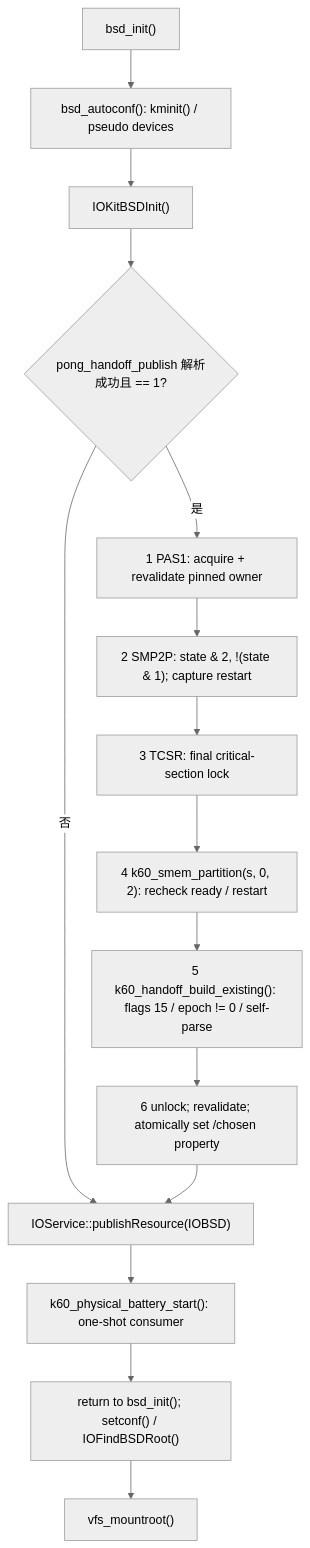
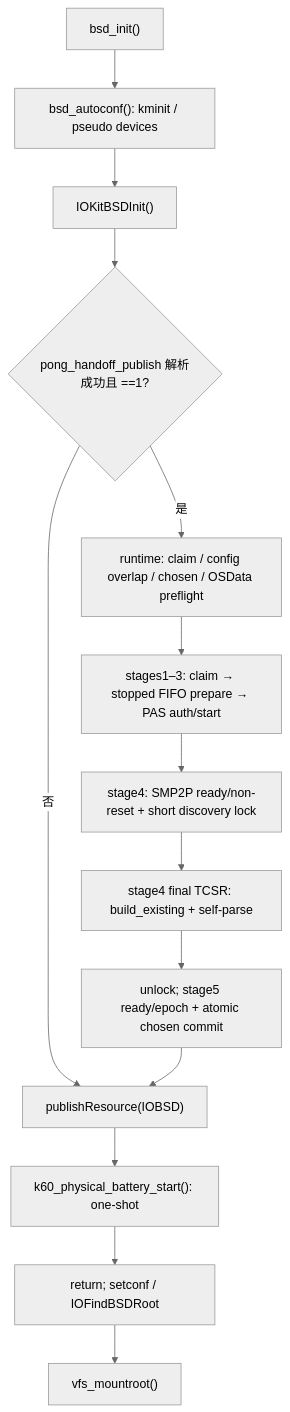
Before and after one commit to Emilelu/UniXNU-mondrian: the diagram in docs/research/battery/INTEGRATION-ORDER.md, drawn with Mermaid (neutral theme). The commit also changed other lines of this file and 5 other files, not shown here.

````diff
--- a/docs/research/battery/INTEGRATION-ORDER.md
+++ b/docs/research/battery/INTEGRATION-ORDER.md
@@ -13,17 +11,16 @@
-```mermaid
+~~~mermaid
 flowchart TD
-    A["bsd_init()"] --> B["bsd_autoconf(): kminit() / pseudo devices"]
+    A["bsd_init()"] --> B["bsd_autoconf(): kminit / pseudo devices"]
     B --> C["IOKitBSDInit()"]
-    C --> G{"pong_handoff_publish 解析成功且 == 1?"}
-    G -- 否 --> I["IOService::publishResource(IOBSD)"]
-    G -- 是 --> P["1 PAS1: acquire + revalidate pinned owner"]
-    P --> S["2 SMP2P: state & 2, !(state & 1); capture restart"]
-    S --> L["3 TCSR: final critical-section lock"]
-    L --> M["4 k60_smem_partition(s, 0, 2): recheck ready / restart"]
-    M --> H["5 k60_handoff_build_existing(): flags 15 / epoch != 0 / self-parse"]
-    H --> U["6 unlock; revalidate; atomically set /chosen property"]
+    C --> G{"pong_handoff_publish 解析成功且 ==1?"}
+    G -- 否 --> I["publishResource(IOBSD)"]
+    G -- 是 --> P["runtime: claim / config overlap / chosen / OSData preflight"]
+    P --> O["stages1–3: claim → stopped FIFO prepare → PAS auth/start"]
+    O --> S["stage4: SMP2P ready/non-reset + short discovery lock"]
+    S --> H["stage4 final TCSR: build_existing + self-parse"]
+    H --> U["unlock; stage5 ready/epoch + atomic chosen commit"]
     U --> I
-    I --> K["k60_physical_battery_start(): one-shot consumer"]
-    K --> R["return to bsd_init(); setconf() / IOFindBSDRoot()"]
+    I --> K["k60_physical_battery_start(): one-shot"]
+    K --> R["return; setconf / IOFindBSDRoot"]
     R --> V["vfs_mountroot()"]
-```
+~~~
````
